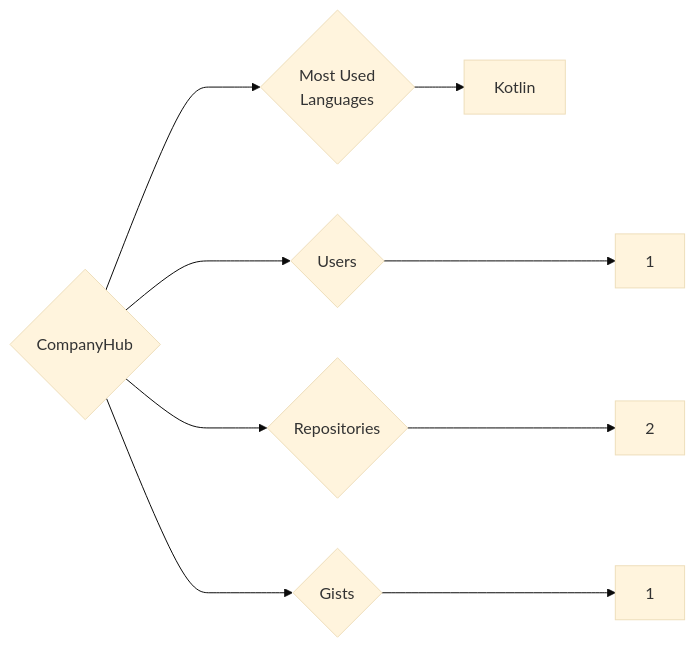
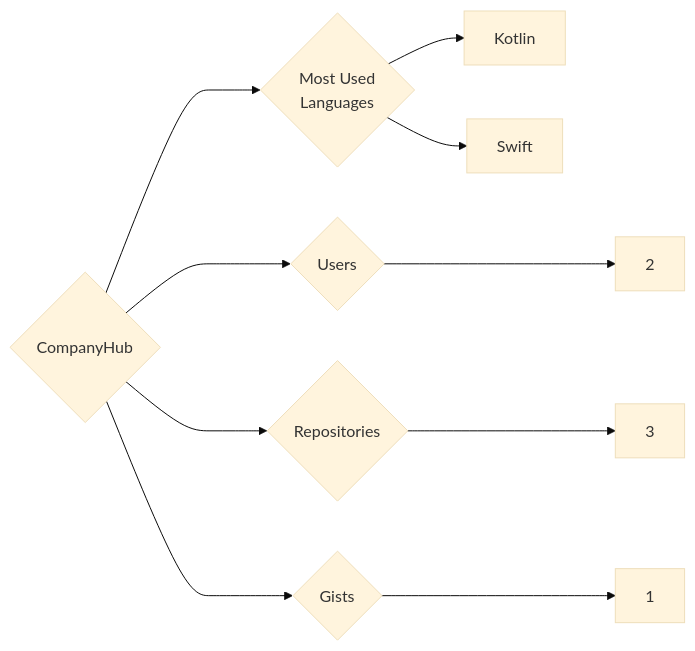
One commit to trickest/insiders changed the diagram in targets/CompanyHub/README.md. Above: the diagram before and after it, drawn with Mermaid (base theme). The commit also changed 1003 other files, not shown here.

````diff
--- a/targets/CompanyHub/README.md
+++ b/targets/CompanyHub/README.md
@@ -3,9 +3,10 @@
 ```mermaid
 graph LR
 COMPANY_NAME{CompanyHub}
-COMPANY_NAME ---> U{Users} ---> UN[1]
-COMPANY_NAME ---> R{Repositories} ---> RN[2]
+COMPANY_NAME ---> U{Users} ---> UN[2]
+COMPANY_NAME ---> R{Repositories} ---> RN[3]
 COMPANY_NAME ---> G{Gists} ---> GN[1]
 COMPANY_NAME ---> ML{Most Used<br>Languages}
 ML --> Kotlin[Kotlin]
+ML --> Swift[Swift]
 ```
````
